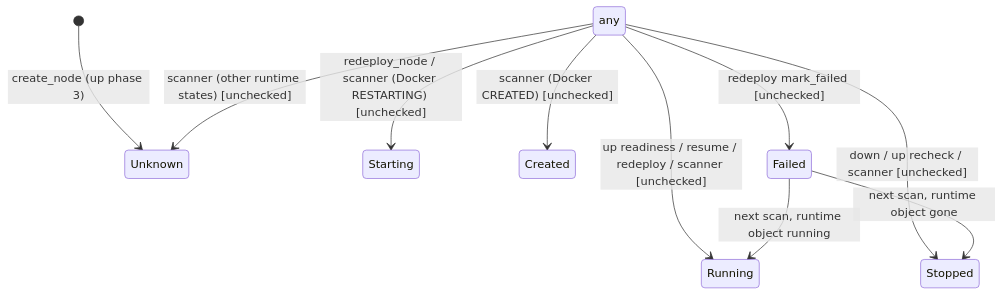
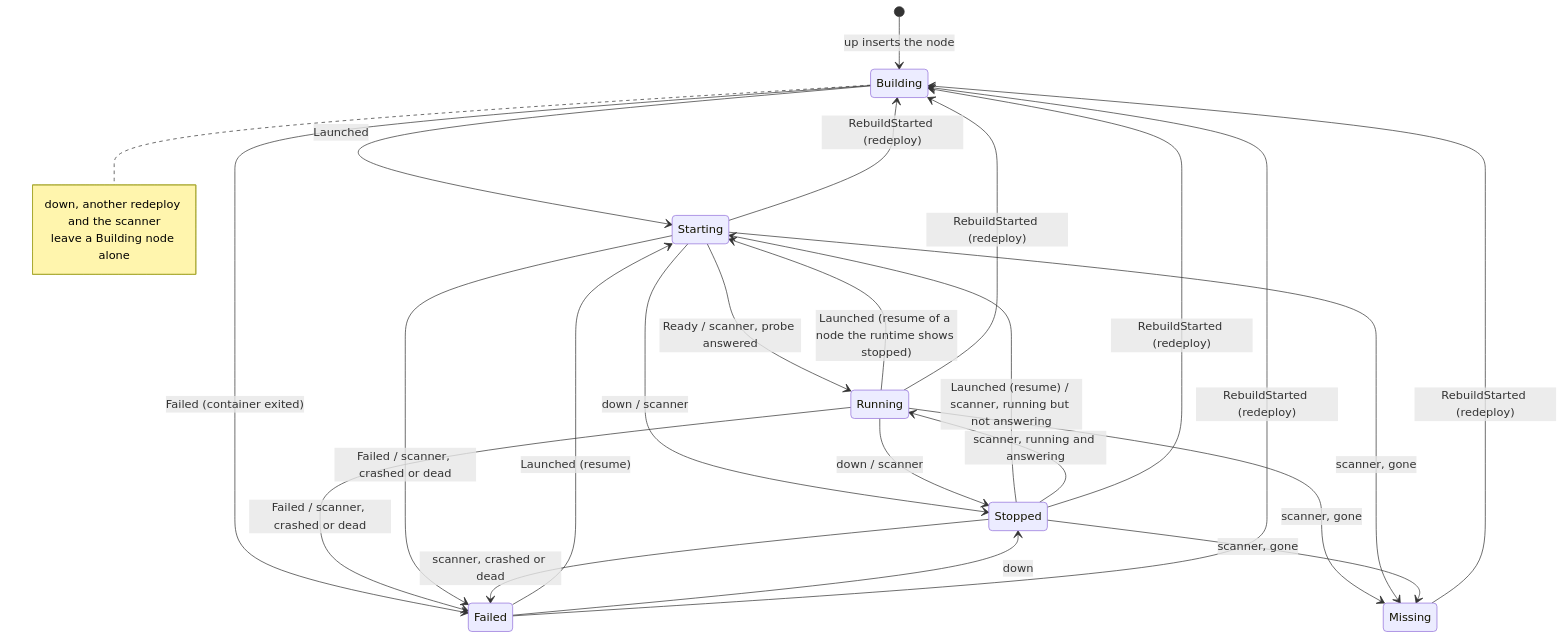
The first of 23 diagrams in docs/architecture/STATE_MACHINES.md (bwks/sherpa), drawn with Mermaid before and after one commit. The commit also changed other lines of this file and 48 other files, not shown here.

First line of the commit message:
feat(server): an explicit node lifecycle the scanner cannot overwrite

````diff
--- a/docs/architecture/STATE_MACHINES.md
+++ b/docs/architecture/STATE_MACHINES.md
@@ -124,13 +155,29 @@
 ```mermaid
 stateDiagram-v2
-    state "any" as ANY
-    [*] --> Unknown : create_node (up phase 3)
-    ANY --> Running : up readiness / resume / redeploy / scanner [unchecked]
-    ANY --> Stopped : down / up recheck / scanner [unchecked]
-    ANY --> Starting : redeploy_node / scanner (Docker RESTARTING) [unchecked]
-    ANY --> Created : scanner (Docker CREATED) [unchecked]
-    ANY --> Unknown : scanner (other runtime states) [unchecked]
-    ANY --> Failed : redeploy mark_failed [unchecked]
-    Failed --> Stopped : next scan, runtime object gone
-    Failed --> Running : next scan, runtime object running
+    [*] --> Building : up inserts the node
+    Building --> Starting : Launched
+    Building --> Failed : Failed (container exited)
+    Starting --> Running : Ready / scanner, probe answered
+    Running --> Starting : Launched (resume of a node the runtime shows stopped)
+    Starting --> Stopped : down / scanner
+    Running --> Stopped : down / scanner
+    Stopped --> Starting : Launched (resume) / scanner, running but not answering
+    Stopped --> Running : scanner, running and answering
+    Failed --> Starting : Launched (resume)
+    Failed --> Stopped : down
+    Running --> Failed : Failed / scanner, crashed or dead
+    Starting --> Failed : Failed / scanner, crashed or dead
+    Stopped --> Failed : scanner, crashed or dead
+    Running --> Missing : scanner, gone
+    Starting --> Missing : scanner, gone
+    Stopped --> Missing : scanner, gone
+    Missing --> Building : RebuildStarted (redeploy)
+    Running --> Building : RebuildStarted (redeploy)
+    Stopped --> Building : RebuildStarted (redeploy)
+    Starting --> Building : RebuildStarted (redeploy)
+    Failed --> Building : RebuildStarted (redeploy)
+    note right of Building
+        down, another redeploy and the scanner
+        leave a Building node alone
+    end note
 ```
````
